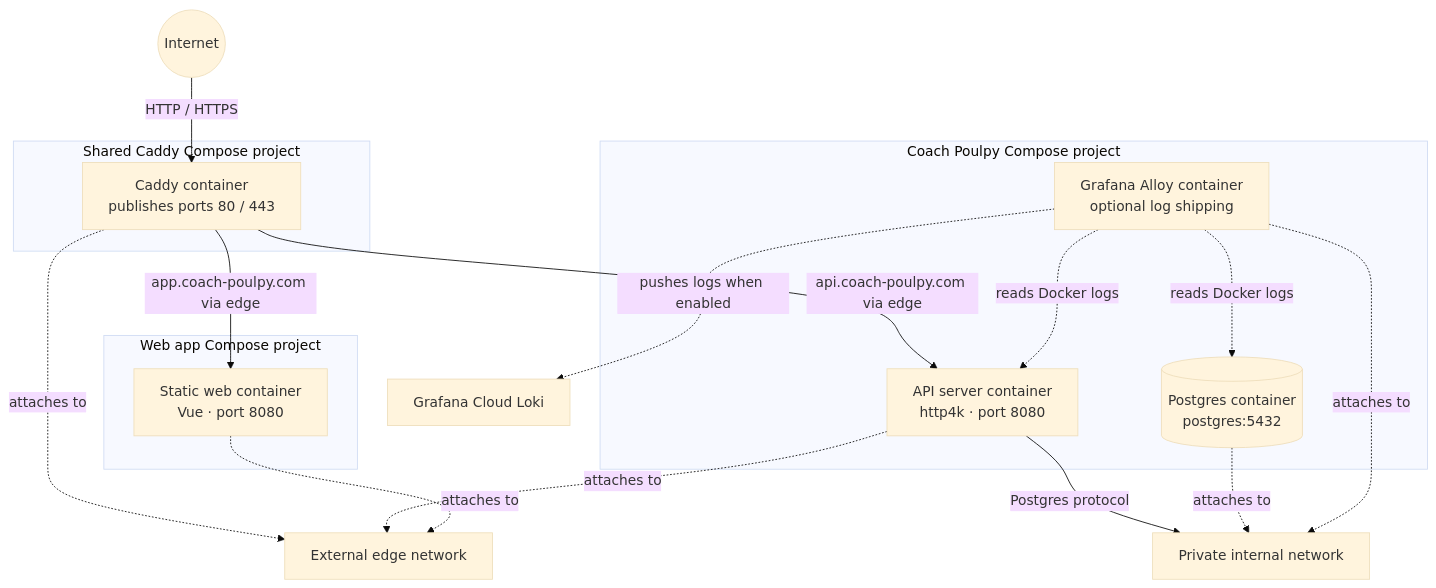
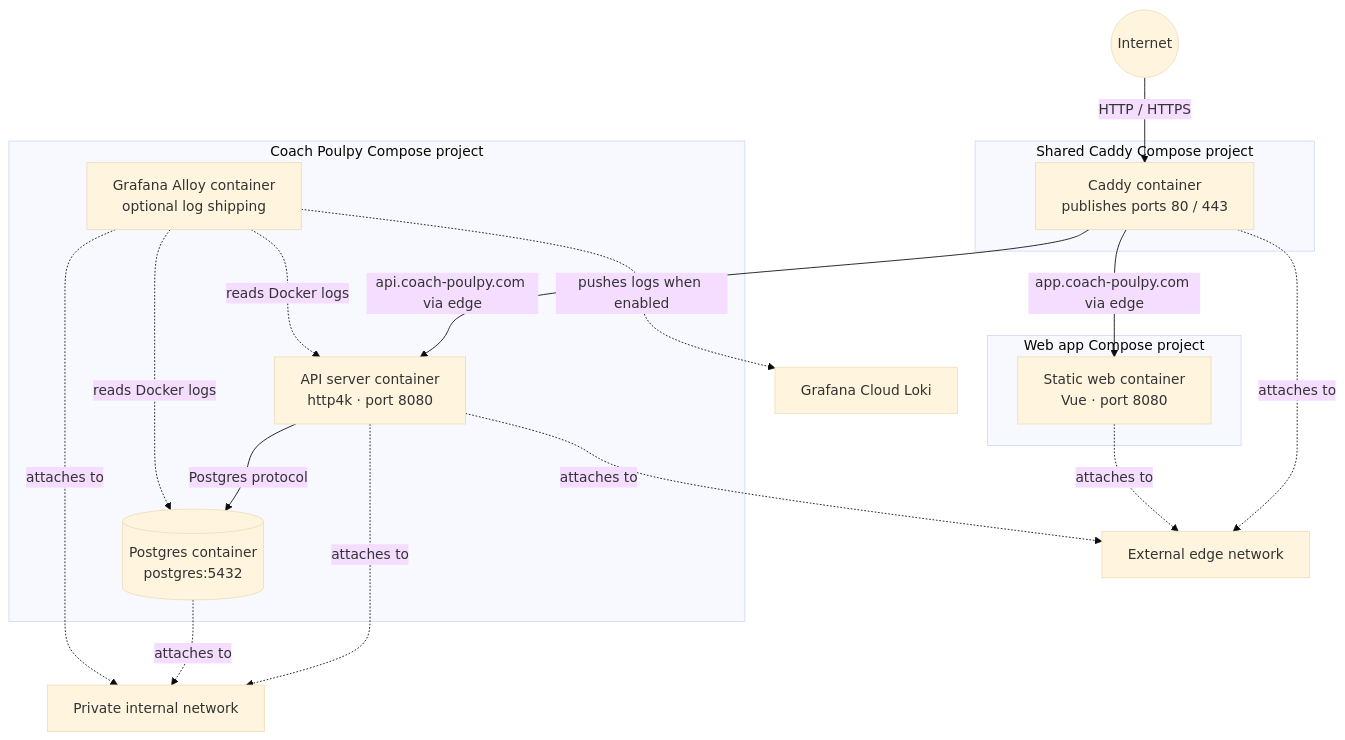
One commit to tkint/coach-poulpy changed the diagram in docs/deploying-the-server.md. Above: the diagram before and after it, drawn with Mermaid (base theme). The commit also changed 2 other files, not shown here.

Commit message:
docs: polish deployment and architecture diagrams

````diff
--- a/docs/deploying-the-server.md
+++ b/docs/deploying-the-server.md
@@ -9,31 +9,32 @@
 ```mermaid
 flowchart TD
     internet(("Internet"))
     subgraph edgeproject["Shared Caddy Compose project"]
         caddy["Caddy container<br/>publishes ports 80 / 443"]
     end
     subgraph serverproject["Coach Poulpy Compose project"]
         server["API server container<br/>http4k · port 8080"]
         postgres[("Postgres container<br/>postgres:5432")]
         alloy["Grafana Alloy container<br/>optional log shipping"]
     end
     subgraph webproject["Web app Compose project"]
         web["Static web container<br/>Vue · port 8080"]
     end
     edge["External edge network"]
     internal["Private internal network"]
     loki["Grafana Cloud Loki"]
 
     internet -->|HTTP / HTTPS| caddy
     caddy -->|api.coach-poulpy.com via edge| server
     caddy -->|app.coach-poulpy.com via edge| web
     caddy -. attaches to .-> edge
     server -. attaches to .-> edge
     web -. attaches to .-> edge
-    server -->|Postgres protocol| internal
+    server -. attaches to .-> internal
     postgres -. attaches to .-> internal
+    server -->|Postgres protocol| postgres
     alloy -. attaches to .-> internal
     alloy -. reads Docker logs .-> server
     alloy -. reads Docker logs .-> postgres
     alloy -. pushes logs when enabled .-> loki
 ```
````
